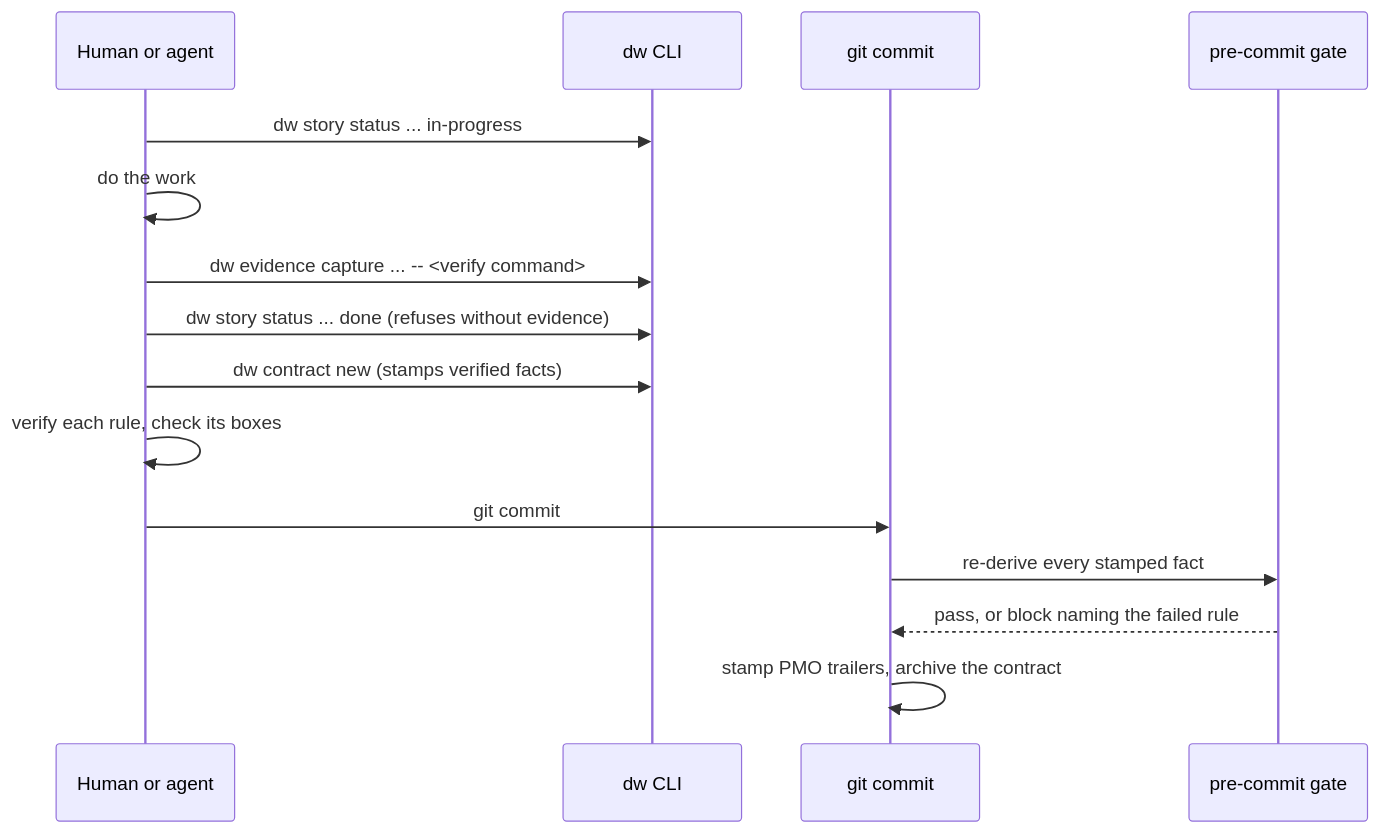
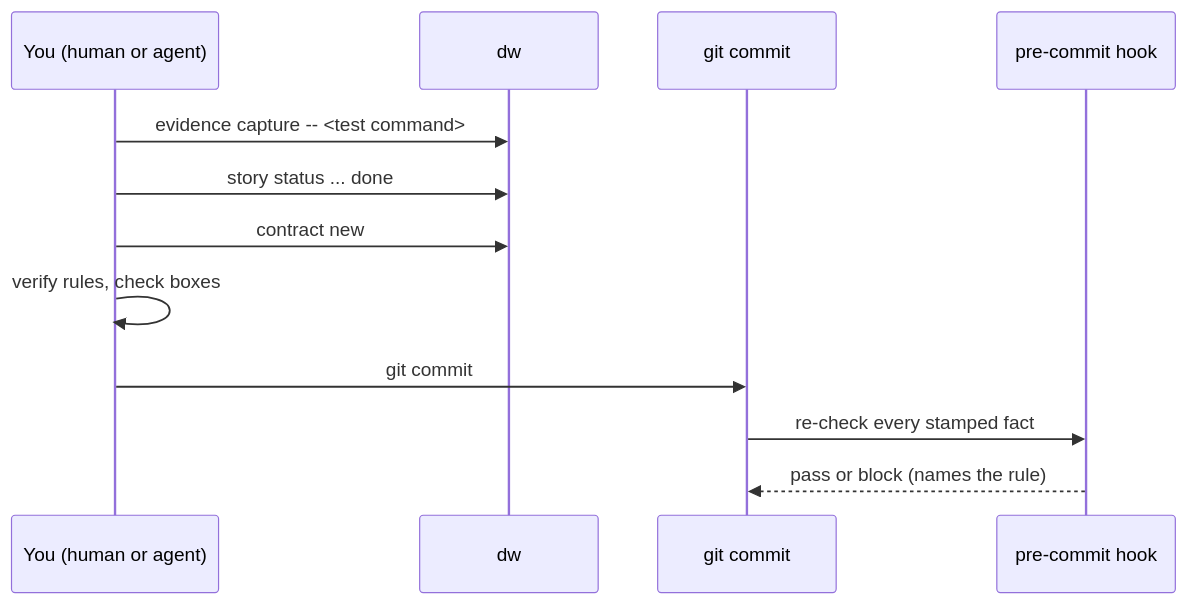
Before and after one commit to karolswdev/delivery-workbench: the diagram in README.md, drawn with Mermaid. The commit also changed other lines of this file, not shown here.

````diff
--- a/README.md
+++ b/README.md
@@ -112,18 +56,15 @@
 ```mermaid
 sequenceDiagram
-  participant Dev as Human or agent
-  participant DW as dw CLI
+  participant You as You (human or agent)
+  participant DW as dw
   participant Git as git commit
-  participant Gate as pre-commit gate
+  participant Gate as pre-commit hook
 
-  Dev->>DW: dw story status ... in-progress
-  Dev->>Dev: do the work
-  Dev->>DW: dw evidence capture ... -- <verify command>
-  Dev->>DW: dw story status ... done (refuses without evidence)
-  Dev->>DW: dw contract new (stamps verified facts)
-  Dev->>Dev: verify each rule, check its boxes
-  Dev->>Git: git commit
-  Git->>Gate: re-derive every stamped fact
-  Gate-->>Git: pass, or block naming the failed rule
-  Git->>Git: stamp PMO trailers, archive the contract
+  You->>DW: evidence capture -- <test command>
+  You->>DW: story status ... done
+  You->>DW: contract new
+  You->>You: verify rules, check boxes
+  You->>Git: git commit
+  Git->>Gate: re-check every stamped fact
+  Gate-->>Git: pass or block (names the rule)
 ```
````
